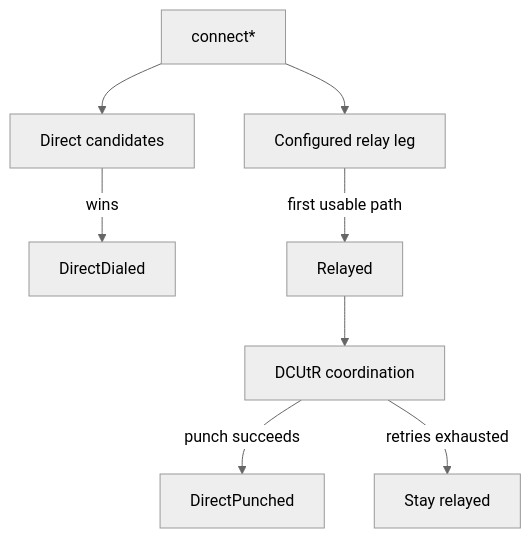
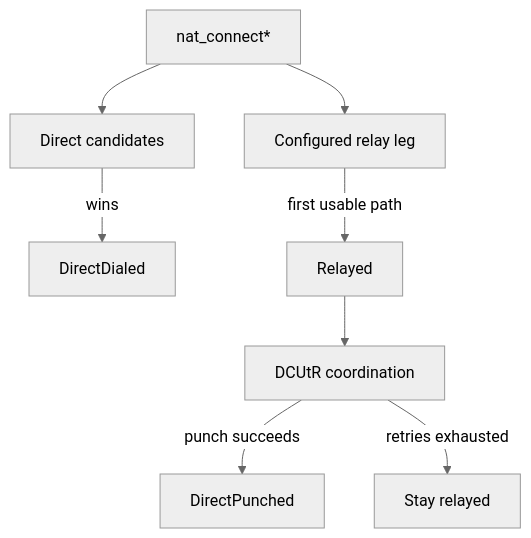
The diagram in docs/md/rust/traverse-nat.mdx (deepso7/minip2p), drawn with Mermaid (neutral theme) before and after one commit. The commit also changed 6 other files, not shown here.

````diff
--- a/docs/md/rust/traverse-nat.mdx
+++ b/docs/md/rust/traverse-nat.mdx
@@ -93,10 +93,10 @@
 ```mermaid
 flowchart TB
-  A["connect*"] --> B["Direct candidates"]
+  A["nat_connect*"] --> B["Direct candidates"]
   A --> C["Configured relay leg"]
   B -->|"wins"| D["DirectDialed"]
   C -->|"first usable path"| E["Relayed"]
   E --> F["DCUtR coordination"]
   F -->|"punch succeeds"| G["DirectPunched"]
   F -->|"retries exhausted"| H["Stay relayed"]
 ```
````
